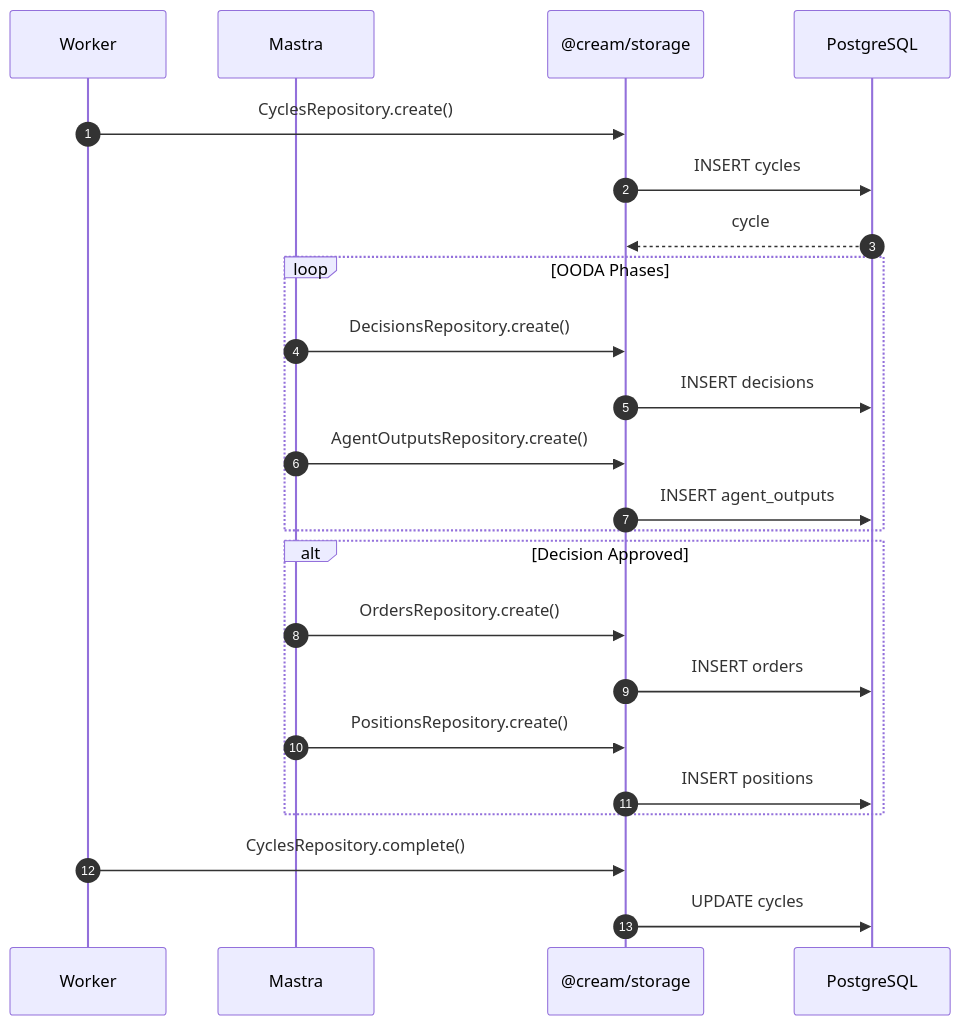
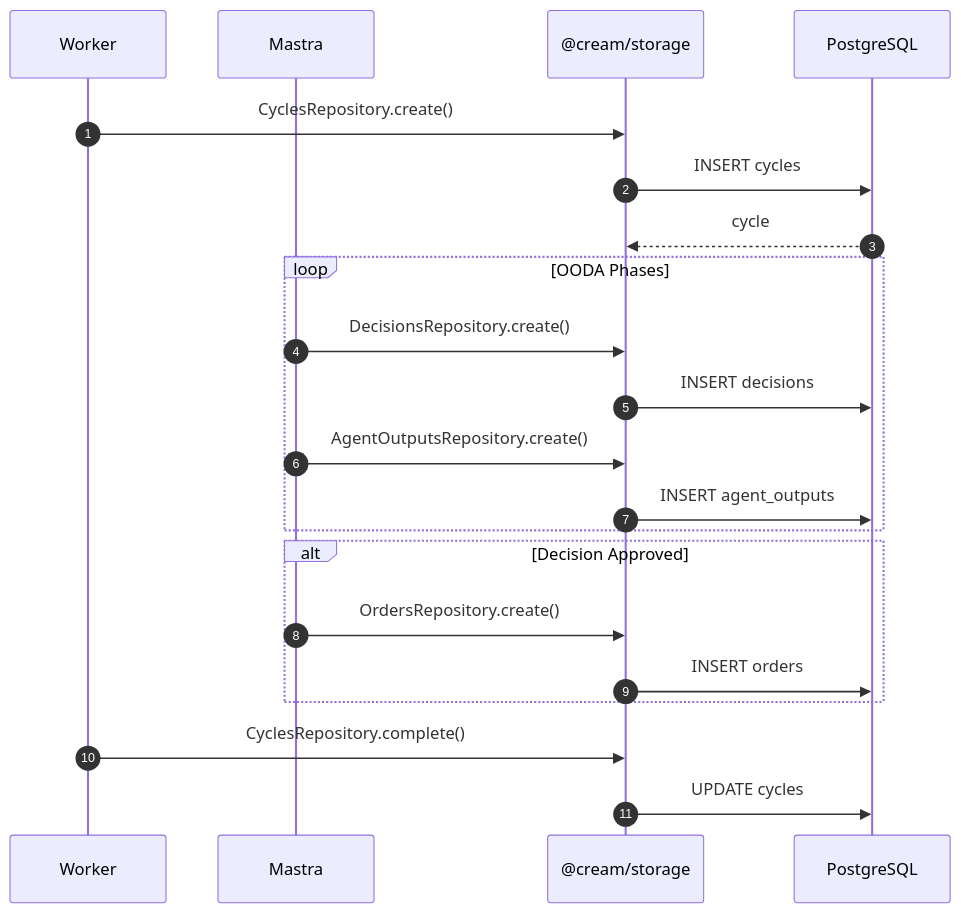
Before and after one commit to ccheney/cream: the fourth of 5 diagrams in packages/storage/README.md, drawn with Mermaid. The commit also changed other lines of this file and 6 other files, not shown here.

````diff
--- a/packages/storage/README.md
+++ b/packages/storage/README.md
@@ -218,29 +194,27 @@
 ```mermaid
 sequenceDiagram
     autonumber
     participant W as Worker
     participant M as Mastra
     participant S as @cream/storage
     participant DB as PostgreSQL
 
     W->>S: CyclesRepository.create()
     S->>DB: INSERT cycles
     DB-->>S: cycle
 
     loop OODA Phases
         M->>S: DecisionsRepository.create()
         S->>DB: INSERT decisions
         M->>S: AgentOutputsRepository.create()
         S->>DB: INSERT agent_outputs
     end
 
     alt Decision Approved
         M->>S: OrdersRepository.create()
         S->>DB: INSERT orders
-        M->>S: PositionsRepository.create()
-        S->>DB: INSERT positions
     end
 
     W->>S: CyclesRepository.complete()
     S->>DB: UPDATE cycles
 ```
````
